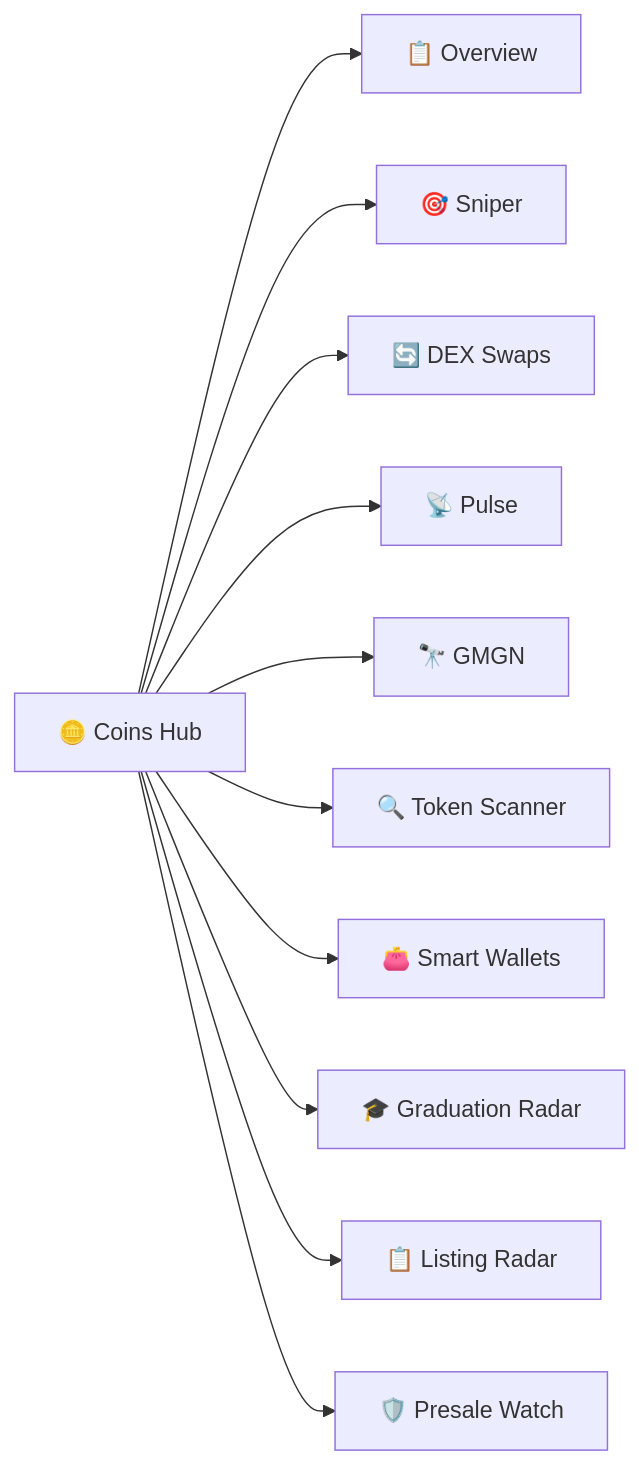
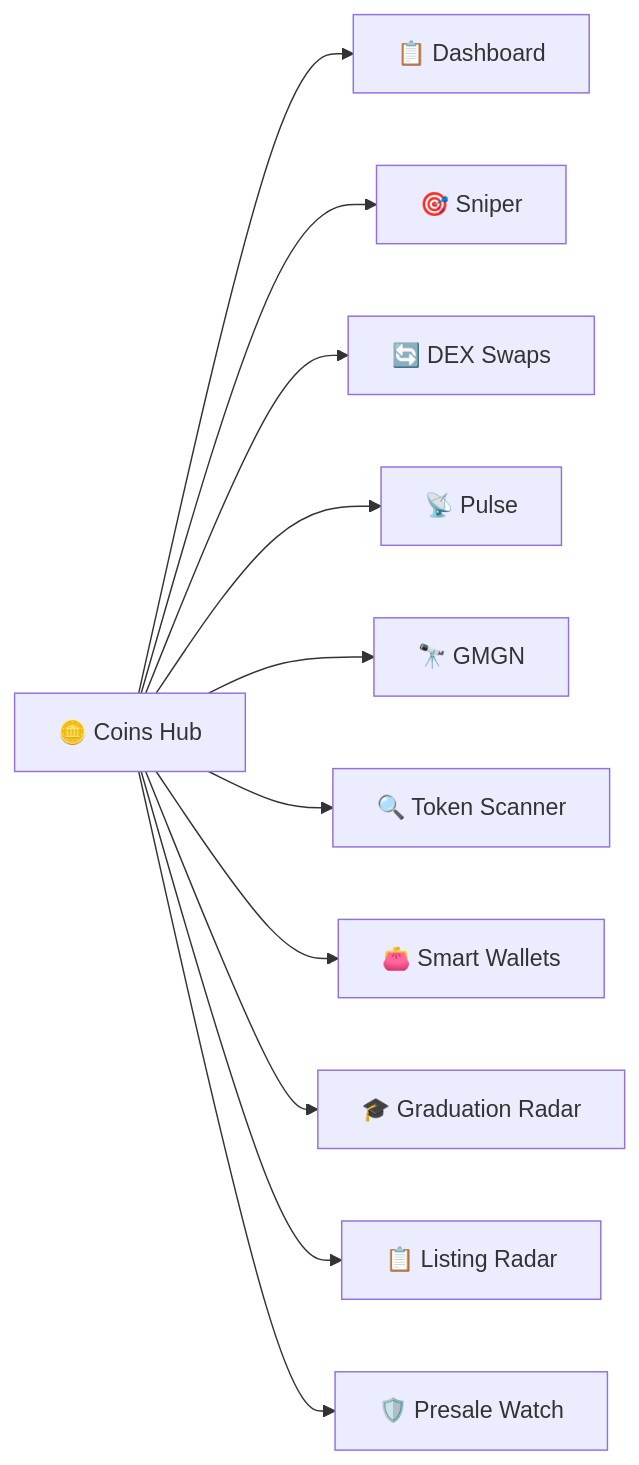
The diagram in coins-hub.md (formionai/docs), drawn with Mermaid before and after one commit. The commit also changed other lines of this file, not shown here.

Commit message:
Coins Hub: Overview renamed Dashboard, GMGN temporarily unavailable (being rebuilt)

````diff
--- a/coins-hub.md
+++ b/coins-hub.md
@@ -9,13 +9,13 @@
 ```mermaid
 flowchart LR
-  CH["🪙 Coins Hub"] --> OV["📋 Overview"]
+  CH["🪙 Coins Hub"] --> OV["📋 Dashboard"]
   CH --> SN["🎯 Sniper"]
   CH --> DX["🔄 DEX Swaps"]
   CH --> PU["📡 Pulse"]
   CH --> GM["🔭 GMGN"]
   CH --> TS["🔍 Token Scanner"]
   CH --> SW["👛 Smart Wallets"]
   CH --> GR["🎓 Graduation Radar"]
   CH --> LR["📋 Listing Radar"]
   CH --> PW["🛡️ Presale Watch"]
 ```
````
